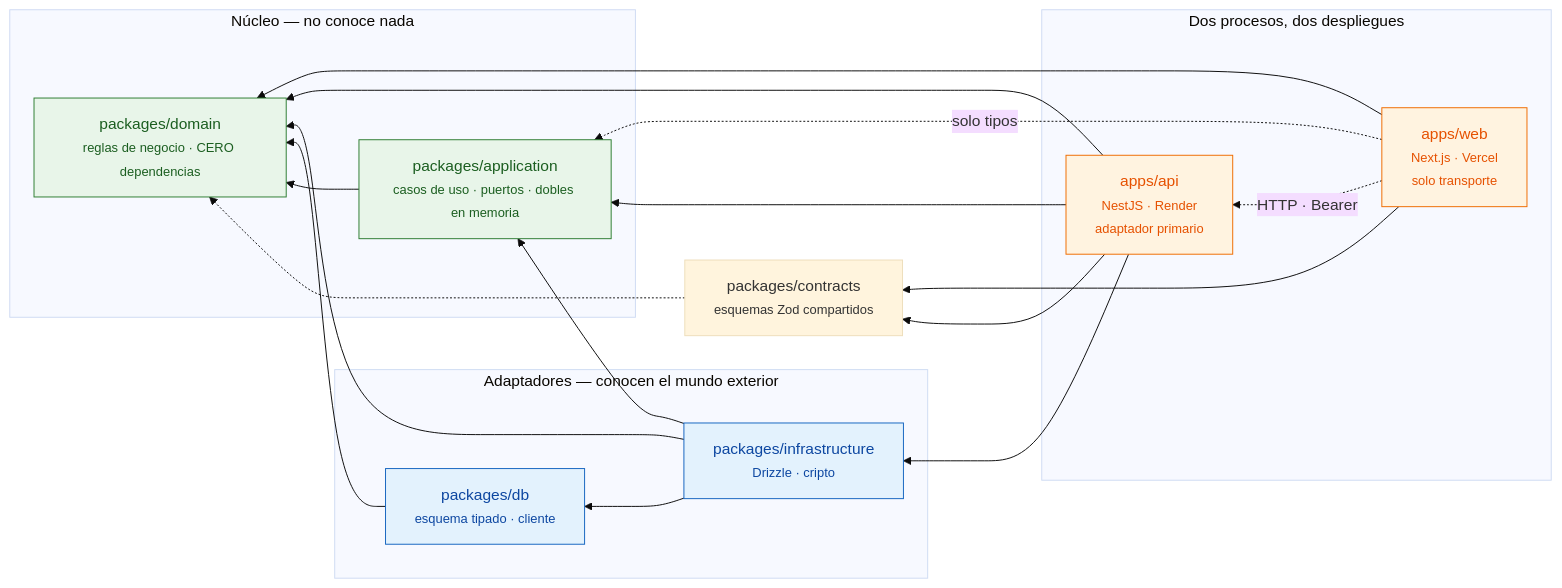
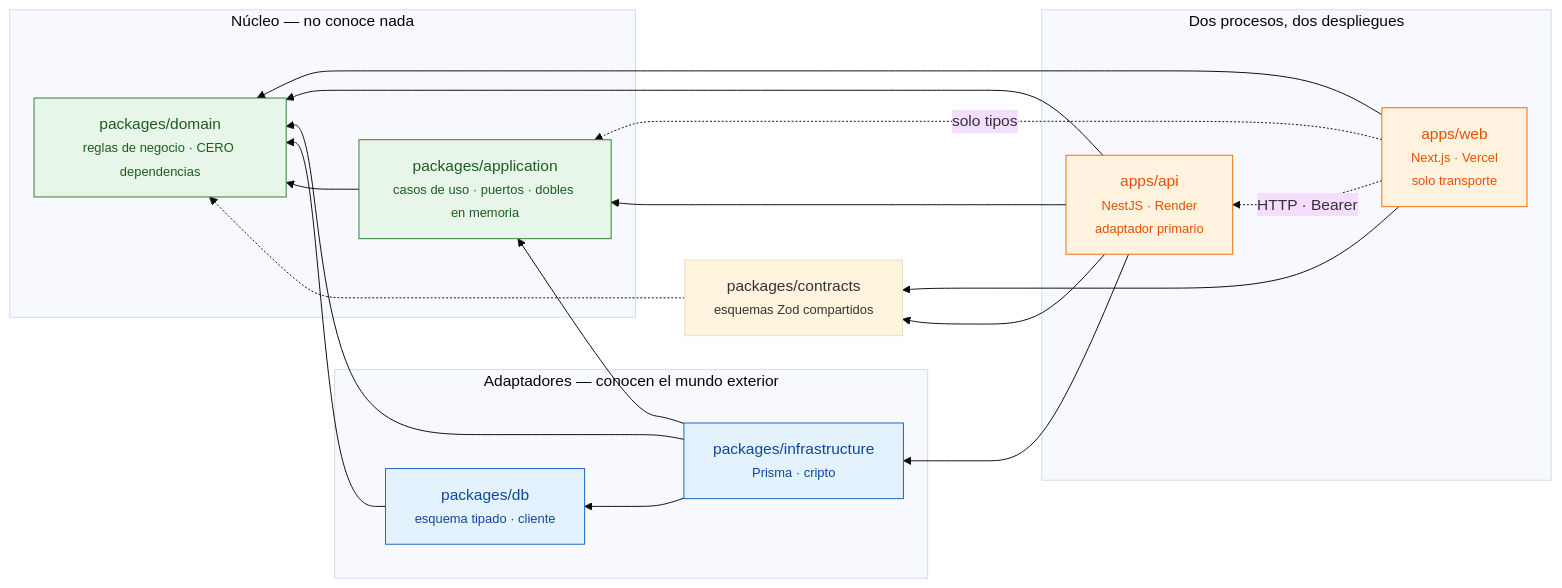
Before and after one commit to Jundev66/CoreBiz: the diagram in docs/diagrams/dependency-graph.md, drawn with Mermaid (base theme). The commit also changed other lines of this file and 8 other files, not shown here.

````diff
--- a/docs/diagrams/dependency-graph.md
+++ b/docs/diagrams/dependency-graph.md
@@ -16,41 +16,41 @@
 ```mermaid
 flowchart RL
   subgraph despliegues["Dos procesos, dos despliegues"]
     web["apps/web<br/><small>Next.js · Vercel<br/>solo transporte</small>"]
     api["apps/api<br/><small>NestJS · Render<br/>adaptador primario</small>"]
   end
 
   subgraph adaptadores["Adaptadores — conocen el mundo exterior"]
-    infra["packages/infrastructure<br/><small>Drizzle · cripto</small>"]
+    infra["packages/infrastructure<br/><small>Prisma · cripto</small>"]
     db["packages/db<br/><small>esquema tipado · cliente</small>"]
   end
 
   subgraph nucleo["Núcleo — no conoce nada"]
     app["packages/application<br/><small>casos de uso · puertos · dobles en memoria</small>"]
     dom["packages/domain<br/><small>reglas de negocio · CERO dependencias</small>"]
   end
 
   contracts["packages/contracts<br/><small>esquemas Zod compartidos</small>"]
 
   web -. "HTTP · Bearer" .-> api
   web --> dom
   web --> contracts
   web -. "solo tipos" .-> app
   api --> app
   api --> dom
   api --> infra
   api --> contracts
   infra --> app
   infra --> dom
   infra --> db
   db --> dom
   app --> dom
   contracts -.-> dom
 
   classDef core fill:#e8f5e9,stroke:#2e7d32,color:#1b5e20
   classDef adapter fill:#e3f2fd,stroke:#1565c0,color:#0d47a1
   classDef proc fill:#fff3e0,stroke:#ef6c00,color:#e65100
   class app,dom core
   class infra,db adapter
   class web,api proc
 ```
````
